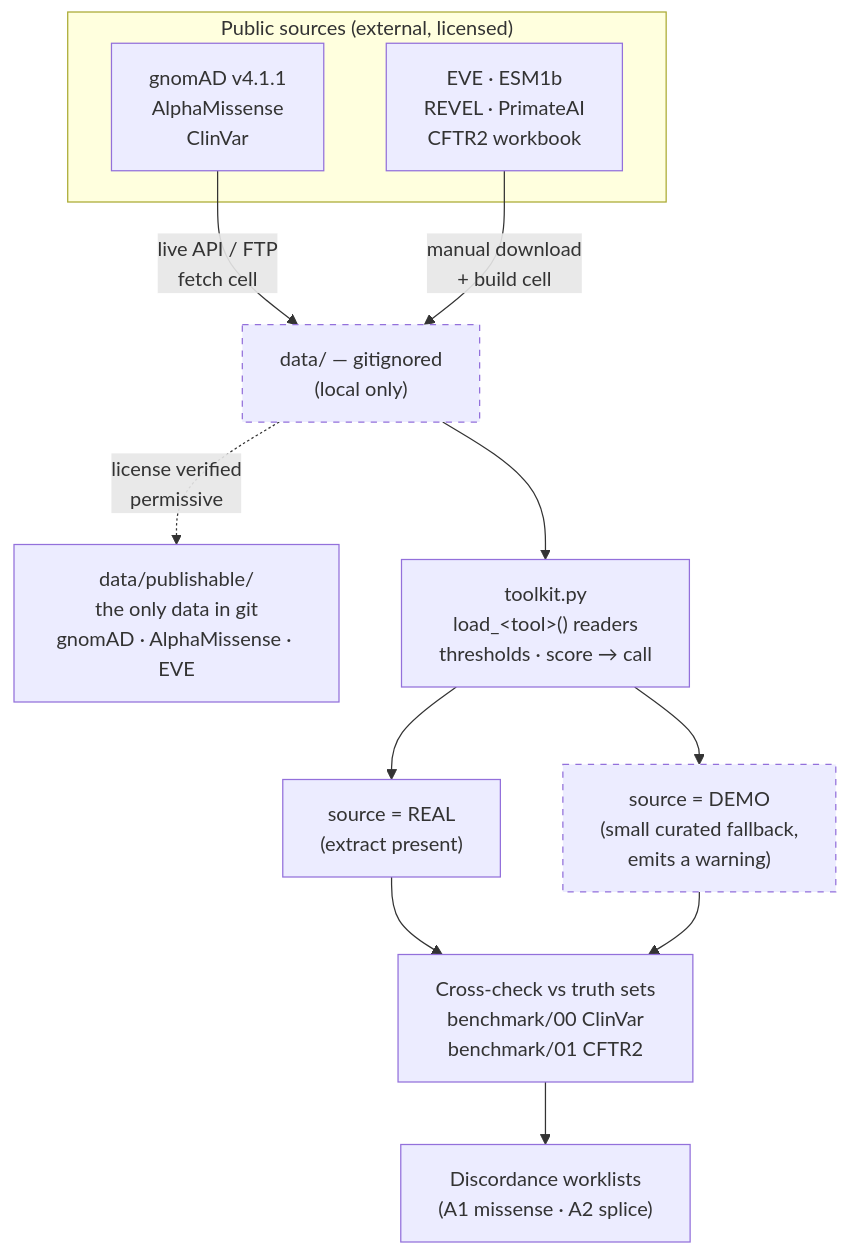
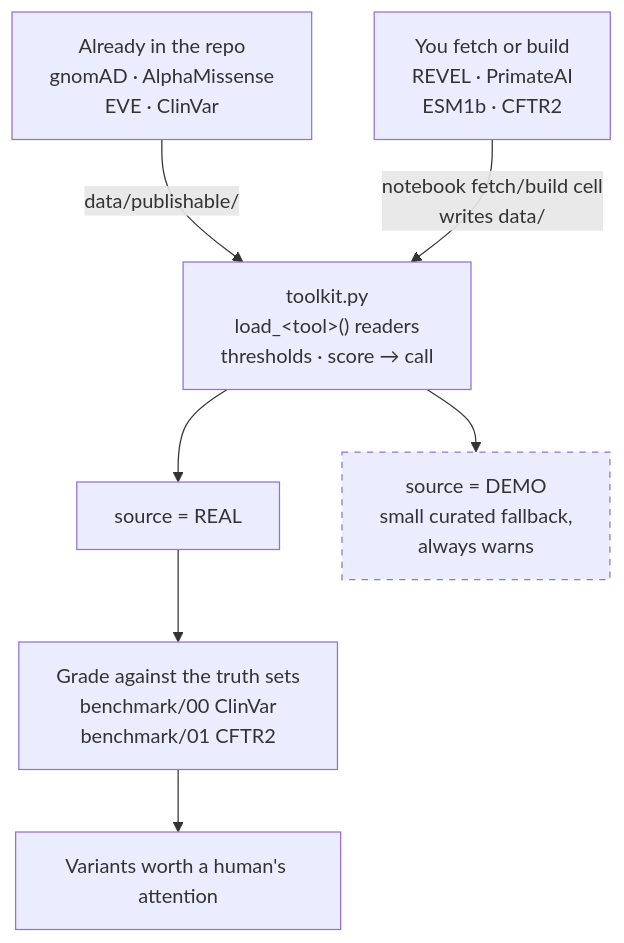
The diagram in README.md (EvanWu19/cftr-variant-toolkit), drawn with Mermaid before and after one commit. The commit also changed other lines of this file and 14 other files, not shown here.

````diff
--- a/README.md
+++ b/README.md
@@ -70,28 +63,18 @@
 ```mermaid
 flowchart TB
-    subgraph SRC["Public sources (external, licensed)"]
-        S1["gnomAD v4.1.1<br/>AlphaMissense<br/>ClinVar"]
-        S2["EVE · ESM1b<br/>REVEL · PrimateAI<br/>CFTR2 workbook"]
-    end
+    SHIP["Already in the repo<br/>gnomAD · AlphaMissense<br/>EVE · ClinVar"]
+    FETCH["You fetch or build<br/>REVEL · PrimateAI<br/>ESM1b · CFTR2"]
 
-    S1 -->|"live API / FTP<br/>fetch cell"| D
-    S2 -->|"manual download<br/>+ build cell"| D
+    SHIP -->|"data/publishable/"| TK
+    FETCH -->|"notebook fetch/build cell<br/>writes data/"| TK
 
-    D["data/ — gitignored<br/>(local only)"]
+    TK["toolkit.py<br/>load_&lt;tool&gt;() readers<br/>thresholds · score → call"]
 
-    D -.->|"license verified<br/>permissive"| PUB["data/publishable/<br/>the only data in git<br/>gnomAD · AlphaMissense · EVE"]
+    TK --> REAL["source = REAL"]
+    TK --> DEMO["source = DEMO<br/>small curated fallback,<br/>always warns"]
 
-    D --> TK["toolkit.py<br/>load_&lt;tool&gt;() readers<br/>thresholds · score → call"]
+    REAL --> X["Grade against the truth sets<br/>benchmark/00 ClinVar<br/>benchmark/01 CFTR2"]
+    X --> W["Variants worth a human's attention"]
 
-    TK --> REAL["source = REAL<br/>(extract present)"]
-    TK --> DEMO["source = DEMO<br/>(small curated fallback,<br/>emits a warning)"]
-
-    REAL --> X
-    DEMO --> X
-
-    X["Cross-check vs truth sets<br/>benchmark/00 ClinVar<br/>benchmark/01 CFTR2"]
-    X --> W["Discordance worklists<br/>(A1 missense · A2 splice)"]
-
-    style D stroke-dasharray: 5 5
     style DEMO stroke-dasharray: 5 5
 ```
````
